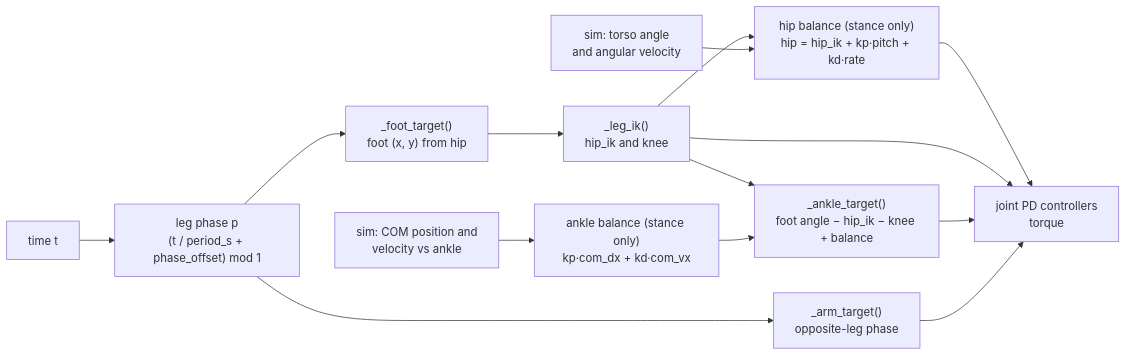
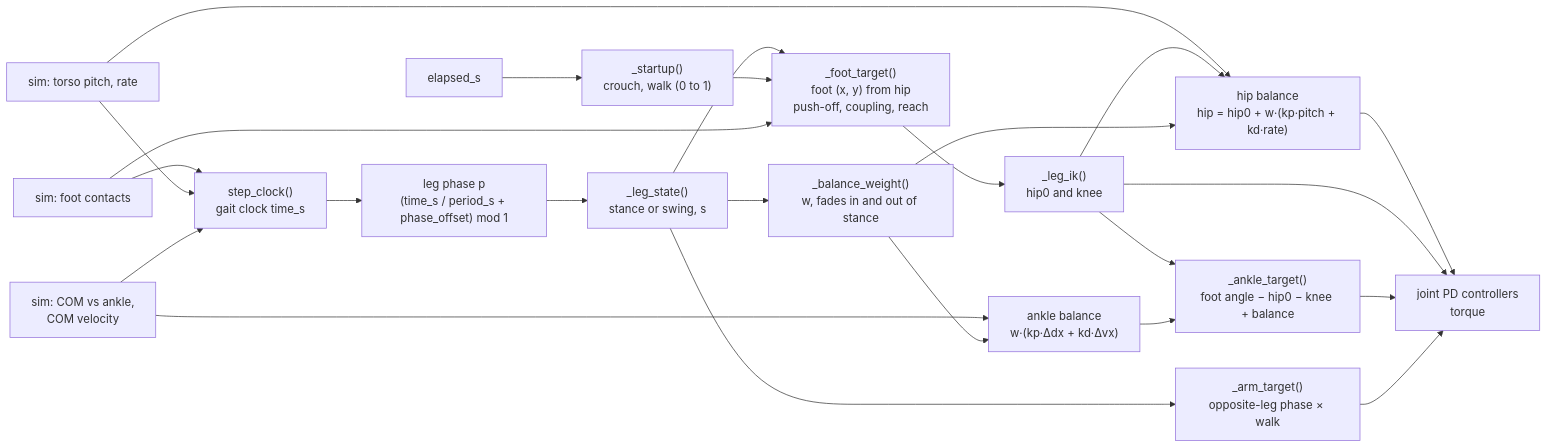
Before and after one commit to Martin-Jin/humanoid-walk: the first of 3 diagrams in docs/gait.md, drawn with Mermaid. The commit also changed other lines of this file and 10 other files, not shown here.

````diff
--- a/docs/gait.md
+++ b/docs/gait.md
@@ -11,16 +22,26 @@
 ```mermaid
 flowchart LR
-    T["time t"] --> P["leg phase p<br/>(t / period_s + phase_offset) mod 1"]
-    P --> F["_foot_target()<br/>foot (x, y) from hip"]
-    F --> IK["_leg_ik()<br/>hip_ik and knee"]
-    IK --> HB["hip balance (stance only)<br/>hip = hip_ik + kp·pitch + kd·rate"]
-    S["sim: torso angle<br/>and angular velocity"] --> HB
-    C["sim: COM position and<br/>velocity vs ankle"] --> AB["ankle balance (stance only)<br/>kp·com_dx + kd·com_vx"]
-    IK --> A["_ankle_target()<br/>foot angle − hip_ik − knee + balance"]
+    E["elapsed_s"] --> SU["_startup()<br/>crouch, walk (0 to 1)"]
+    CK["step_clock()<br/>gait clock time_s"] --> P["leg phase p<br/>(time_s / period_s + phase_offset) mod 1"]
+    P --> LS["_leg_state()<br/>stance or swing, s"]
+    LS --> F["_foot_target()<br/>foot (x, y) from hip<br/>push-off, coupling, reach"]
+    SU --> F
+    F --> IK["_leg_ik()<br/>hip0 and knee"]
+    S["sim: torso pitch, rate"] --> HB["hip balance<br/>hip = hip0 + w·(kp·pitch + kd·rate)"]
+    IK --> HB
+    C["sim: COM vs ankle,<br/>COM velocity"] --> AB["ankle balance<br/>w·(kp·Δdx + kd·Δvx)"]
+    LS --> W["_balance_weight()<br/>w, fades in and out of stance"]
+    W --> HB
+    W --> AB
+    IK --> A["_ankle_target()<br/>foot angle − hip0 − knee + balance"]
     AB --> A
     HB --> PD["joint PD controllers<br/>torque"]
     IK --> PD
     A --> PD
-    P --> AR["_arm_target()<br/>opposite-leg phase"]
+    LS --> AR["_arm_target()<br/>opposite-leg phase × walk"]
     AR --> PD
+    CT["sim: foot contacts"] --> CK
+    CT --> F
+    S --> CK
+    C --> CK
 ```
````
